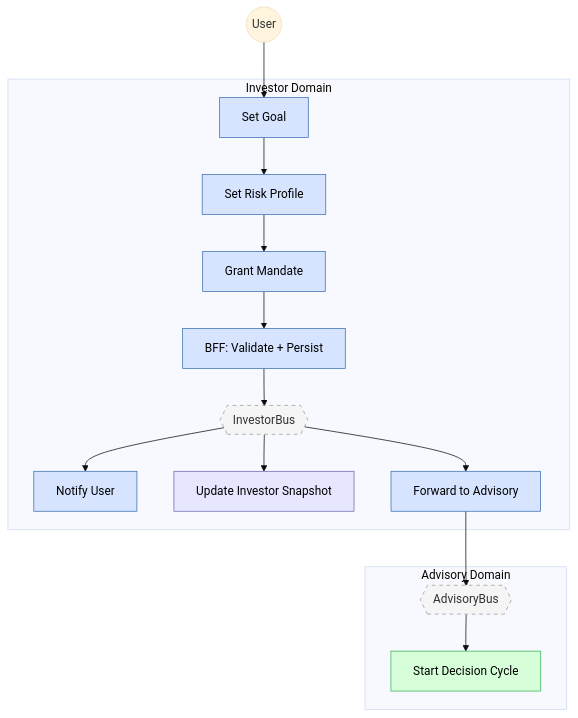
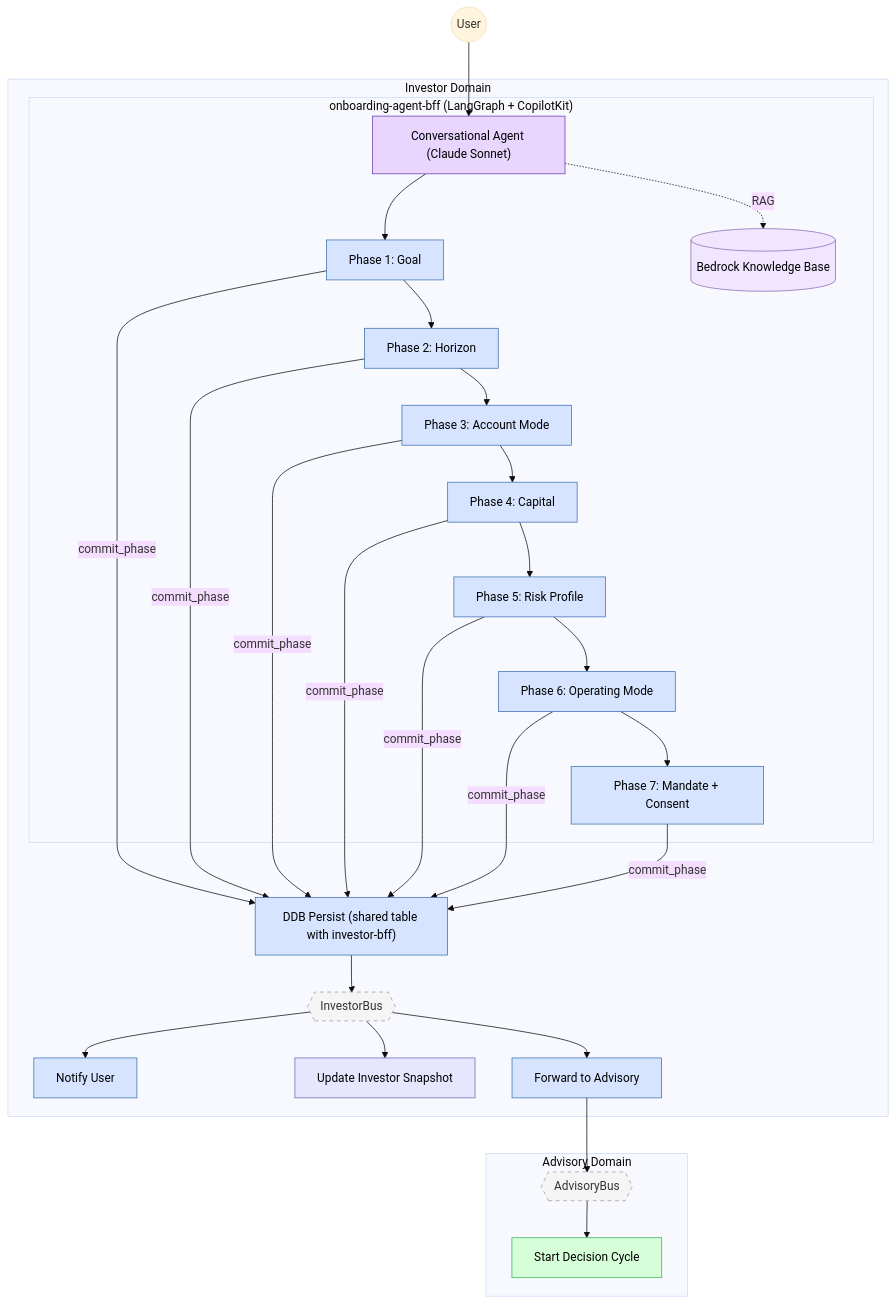
Before and after one commit to fabio-vitali/nestfolio: the diagram in docs/data-flows/01-investor-onboarding.md, drawn with Mermaid (base theme). The commit also changed other lines of this file and 165 other files, not shown here.

First line of the commit message:
refactor: rename onboarding-agent-bff to onboarding-bff

````diff
--- a/docs/data-flows/01-investor-onboarding.md
+++ b/docs/data-flows/01-investor-onboarding.md
@@ -9,40 +11,62 @@
 ```mermaid
 flowchart TB
     subgraph subGraph0["Investor Domain"]
-        A1["Set Goal"]
-        A2["Set Risk Profile"]
-        A3["Grant Mandate"]
-        A4["BFF: Validate + Persist"]
+        subgraph agent["onboarding-agent-bff (LangGraph + CopilotKit)"]
+            A0["Conversational Agent (Claude Sonnet)"]
+            A1["Phase 1: Goal"]
+            A1b["Phase 2: Horizon"]
+            A1c["Phase 3: Account Mode"]
+            A1d["Phase 4: Capital"]
+            A2["Phase 5: Risk Profile"]
+            A2b["Phase 6: Operating Mode"]
+            A3["Phase 7: Mandate + Consent"]
+            KB[("Bedrock Knowledge Base")]
+        end
+        A4["DDB Persist (shared table with investor-bff)"]
         IB{{"InvestorBus"}}
         A5["Notify User"]
         A6["Update Investor Snapshot"]
         A7["Forward to Advisory"]
     end
     subgraph subGraph1["Advisory Domain"]
         AB{{"AdvisoryBus"}}
         B1["Start Decision Cycle"]
     end
-    U(("User")) --> A1
-    A1 --> A2
-    A2 --> A3
-    A3 --> A4
+    U(("User")) --> A0
+    A0 --> A1
+    A1 --> A1b
+    A1b --> A1c
+    A1c --> A1d
+    A1d --> A2
+    A2 --> A2b
+    A2b --> A3
+    A0 -.->|RAG| KB
+    A1 & A1b & A1c & A1d & A2 & A2b & A3 -->|commit_phase| A4
     A4 --> IB
     IB --> A5 & A6 & A7
     A7 --> AB
     AB --> B1
 
+    A0:::agent_style
     A1:::investor
+    A1b:::investor
+    A1c:::investor
+    A1d:::investor
     A2:::investor
+    A2b:::investor
     A3:::investor
+    KB:::kb
     A4:::investor
     IB:::bus
     A5:::investor
     A6:::read
     A7:::investor
     AB:::bus
     B1:::advisory
     classDef investor fill:#D6E4FF,stroke:#3A6FB0,color:#000
     classDef advisory fill:#D6FFD9,stroke:#3AB05A,color:#000
     classDef read fill:#E6E6FF,stroke:#6A6AB0,color:#000
     classDef bus fill:#F5F5F5,stroke:#999,stroke-dasharray:5 5
+    classDef agent_style fill:#E8D6FF,stroke:#6A3AB0,color:#000
+    classDef kb fill:#F0E6FF,stroke:#8A6AB0,color:#000
 ```
````
